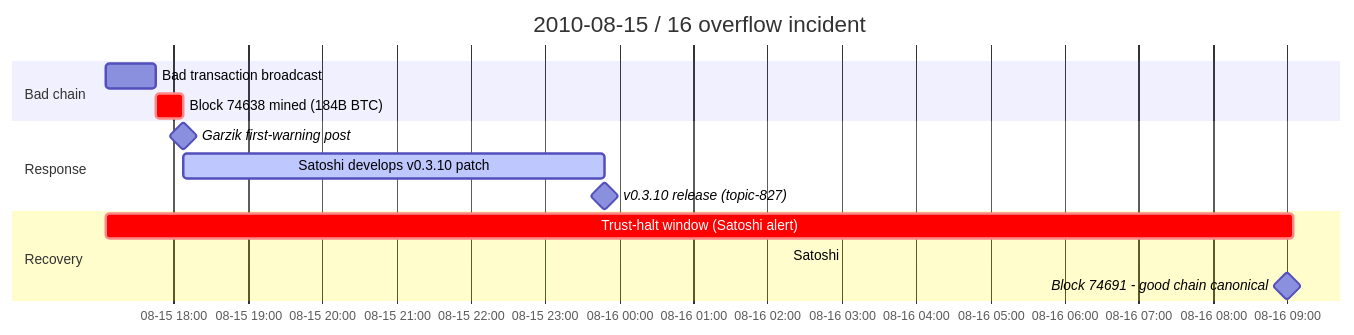
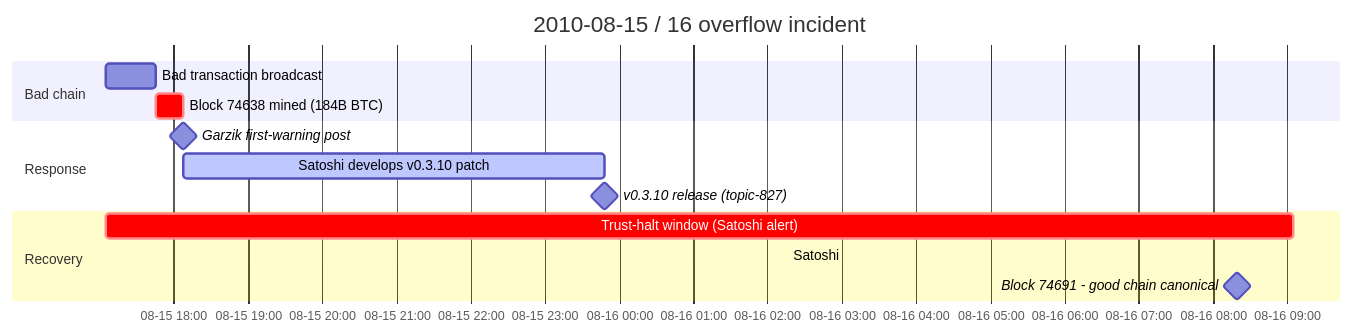
One commit to cypher256/BitcoinArchive changed the diagram in src/data/entries/en/analysis/2010-08-15-overflow-incident-structure-and-paradox.md. Above: the diagram before and after it, drawn with Mermaid. The commit also changed other lines of this file and 66 other files, not shown here.

````diff
--- a/src/data/entries/en/analysis/2010-08-15-overflow-incident-structure-and-paradox.md
+++ b/src/data/entries/en/analysis/2010-08-15-overflow-incident-structure-and-paradox.md
@@ -84,26 +84,26 @@
 ```mermaid
 gantt
     title 2010-08-15 / 16 overflow incident
     dateFormat YYYY-MM-DD HH:mm
     axisFormat %m-%d %H:%M
 
     section Bad chain
     Bad transaction broadcast :2010-08-15 17:05, 40m
     Block 74638 mined (184B BTC) :crit, 2010-08-15 17:45, 23m
     %% link: /BitcoinArchive/entries/aftermath/2010-08-15-value-overflow-incident/
 
     section Response
     Garzik first-warning post :milestone, 2010-08-15 18:08, 0m
     %% link: /BitcoinArchive/entries/forum/bitcointalk/topic-822/2010-08-15-jgarzik-msg9474/
     Satoshi develops v0.3.10 patch :active, 2010-08-15 18:08, 340m
     %% link: /BitcoinArchive/entries/aftermath/2010-08-15-bitcoin-v0310-overflow-bug-fix/
     v0.3.10 release (topic-827) :milestone, 2010-08-15 23:48, 0m
     %% link: /BitcoinArchive/entries/forum/bitcointalk/topic-827/2010-08-15-version-0-3-10-block-74638-overflow-patch/
 
     section Recovery
     Trust-halt window (Satoshi alert) :crit, 2010-08-15 17:05, 16h
     %% link: /BitcoinArchive/entries/emails/bitcoin-list/2010-08-15-alert-we-are-investigating-a-problem/
     Satoshi: "more power than the bad chain" :milestone, 2010-08-16 02:16, 0m
     %% link: /BitcoinArchive/entries/forum/bitcointalk/topic-823/2010-08-16-satoshi-msg9642/
-    Block 74691 - good chain canonical :milestone, 2010-08-16 09:00, 0m
+    Block 74691 - good chain canonical :milestone, 2010-08-16 08:20, 0m
 ```
````
